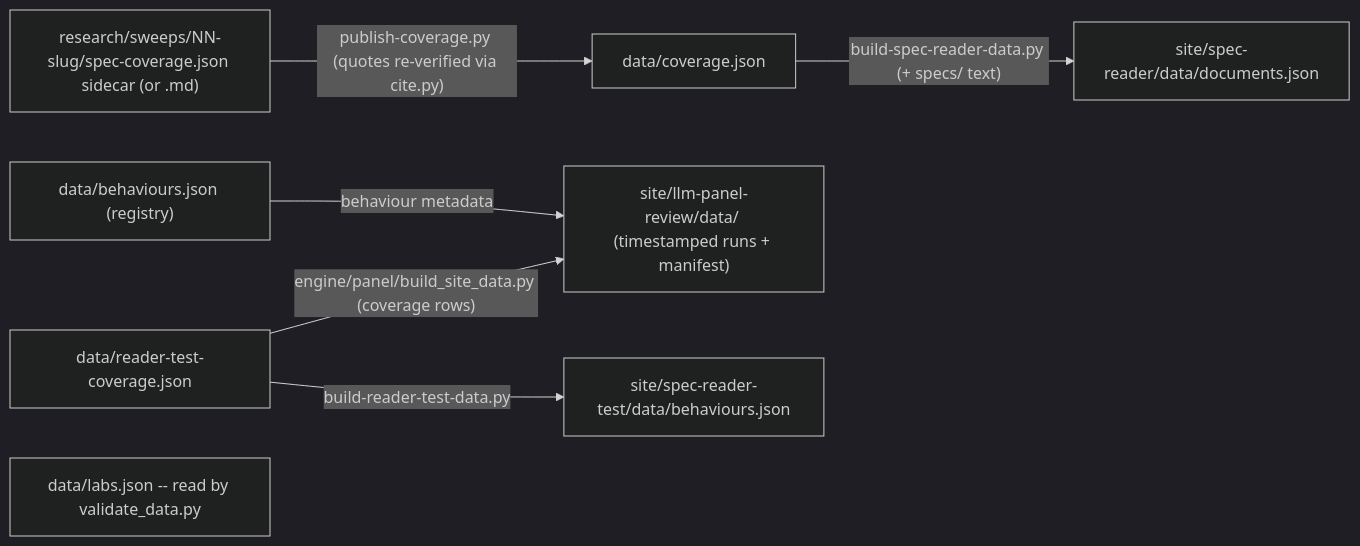
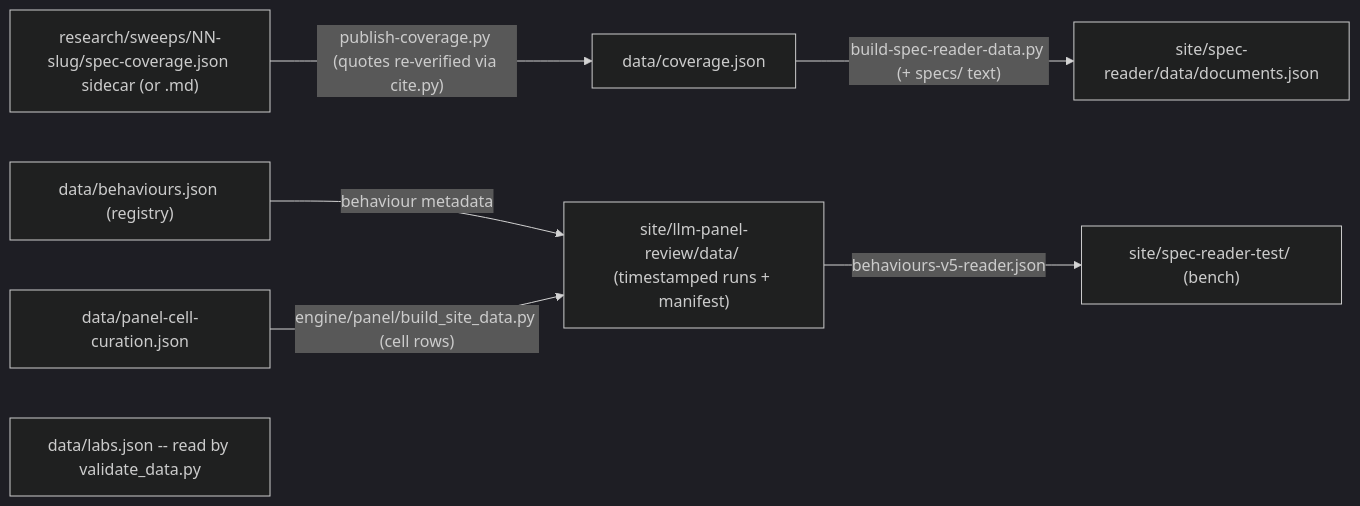
The diagram in data/OVERVIEW.md (AndresCotton/ai-character-index), drawn with Mermaid (dark theme) before and after one commit. The commit also changed other lines of this file and 30 other files, not shown here.

````diff
--- a/data/OVERVIEW.md
+++ b/data/OVERVIEW.md
@@ -21,9 +21,9 @@
 ```mermaid
 graph LR
   sweep["research/sweeps/NN-slug/spec-coverage.json sidecar (or .md)"] -->|"publish-coverage.py (quotes re-verified via cite.py)"| cov["data/coverage.json"]
   cov -->|"build-spec-reader-data.py (+ specs/ text)"| docs["site/spec-reader/data/documents.json"]
   reg["data/behaviours.json (registry)"] -->|"behaviour metadata"| panel
-  rtc["data/reader-test-coverage.json"] -->|"build-reader-test-data.py"| bench["site/spec-reader-test/data/behaviours.json"]
-  rtc -->|"engine/panel/build_site_data.py (coverage rows)"| panel["site/llm-panel-review/data/ (timestamped runs + manifest)"]
+  cur["data/panel-cell-curation.json"] -->|"engine/panel/build_site_data.py (cell rows)"| panel["site/llm-panel-review/data/ (timestamped runs + manifest)"]
+  panel -->|"behaviours-v5-reader.json"| bench["site/spec-reader-test/ (bench)"]
   labs["data/labs.json -- read by validate_data.py"]
 ```
````
